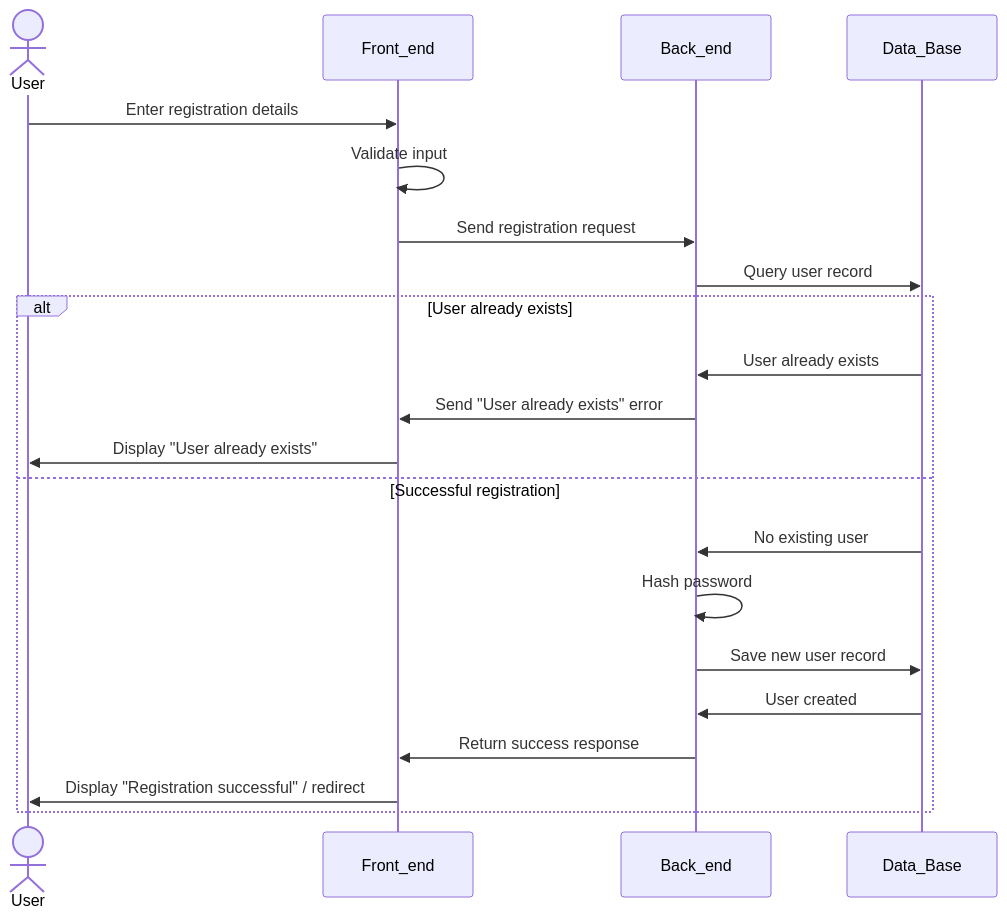
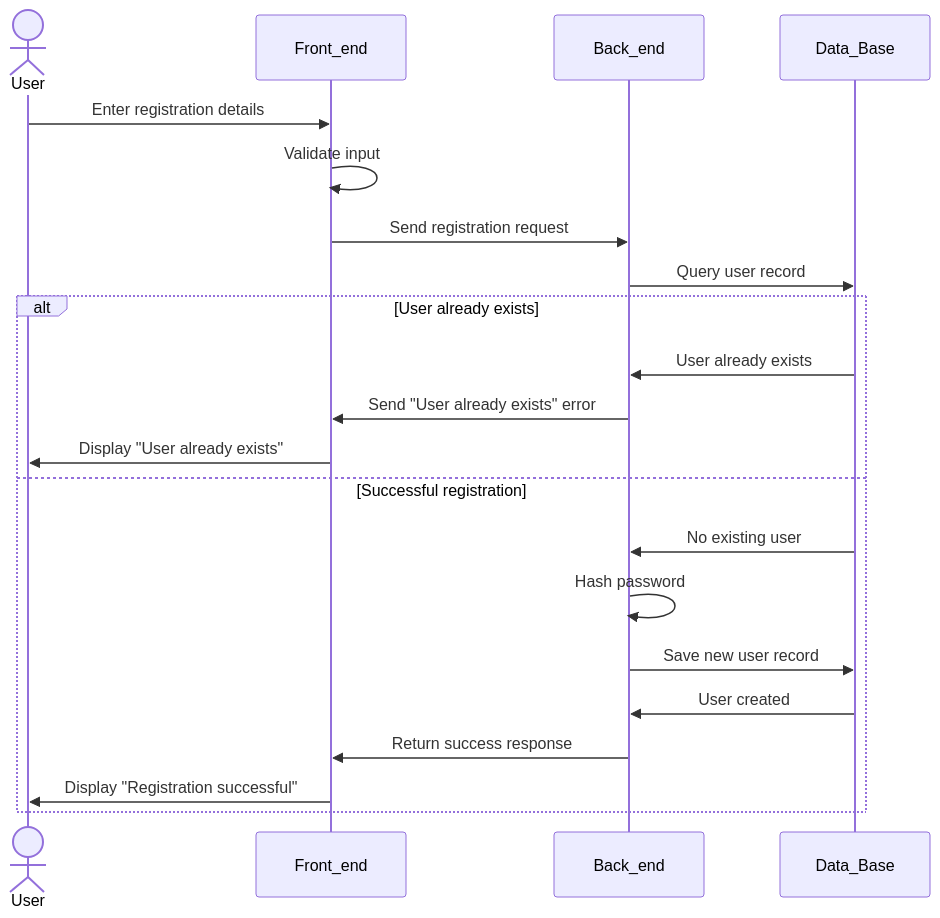
Before and after one commit to AboFawaz305/holberton-portfolio-project: the second of 2 diagrams in stage3/README.md, drawn with Mermaid. The commit also changed other lines of this file, not shown here.

````diff
--- a/stage3/README.md
+++ b/stage3/README.md
@@ -70,25 +70,25 @@
 ```mermaid
 sequenceDiagram
       actor User
       participant Front_end
       participant Back_end
       participant Data_Base
 
       User->>Front_end: Enter registration details
       Front_end->>Front_end: Validate input
       Front_end->>Back_end: Send registration request
       Back_end->>Data_Base: Query user record
 
       alt User already exists
           Data_Base->>Back_end: User already exists
           Back_end->>Front_end: Send "User already exists" error
           Front_end->>User: Display "User already exists"
       else Successful registration
           Data_Base->>Back_end: No existing user
           Back_end->>Back_end: Hash password
           Back_end->>Data_Base: Save new user record
           Data_Base->>Back_end: User created
           Back_end->>Front_end: Return success response
-          Front_end->>User: Display "Registration successful" / redirect
+          Front_end->>User: Display "Registration successful"
       end
 ```
````
